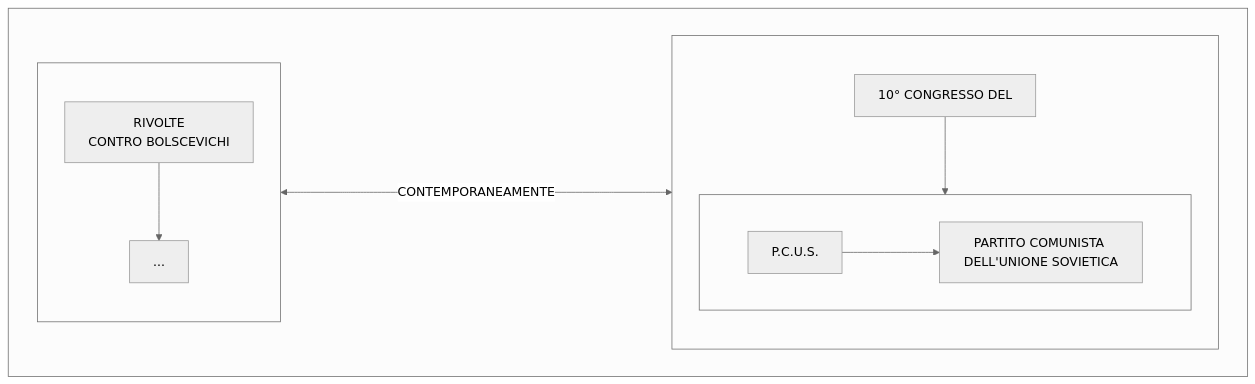
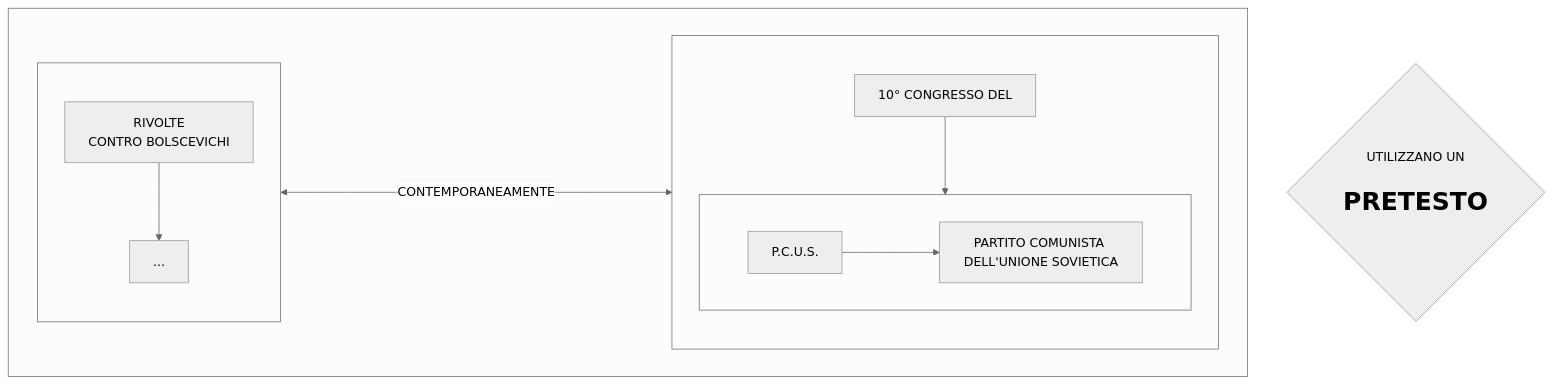
One commit to Laaouatni/ricerca-storia-MermaidJS changed the diagram in prova.md. Above: the diagram before and after it, drawn with Mermaid (neutral theme).

````diff
--- a/prova.md
+++ b/prova.md
@@ -1,22 +1,23 @@
 ```mermaid
 flowchart TB
   subgraph 0[" "]
     subgraph 01[" "]
       010[RIVOLTE <br> CONTRO BOLSCEVICHI]
       011[...]
       010 --> 011
     end
     subgraph 02[" "]
       direction TB
       020[10° CONGRESSO DEL]
       subgraph 023[" "]
         direction LR
         021[P.C.U.S.]
         0210[PARTITO COMUNISTA DELL'UNIONE SOVIETICA]
         021 --> 0210
       end
       020 --> 023
     end
     01 <----->|CONTEMPORANEAMENTE| 02
   end
+  1{UTILIZZANO UN <br> <h1>PRETESTO</h1>}
 ```
````
